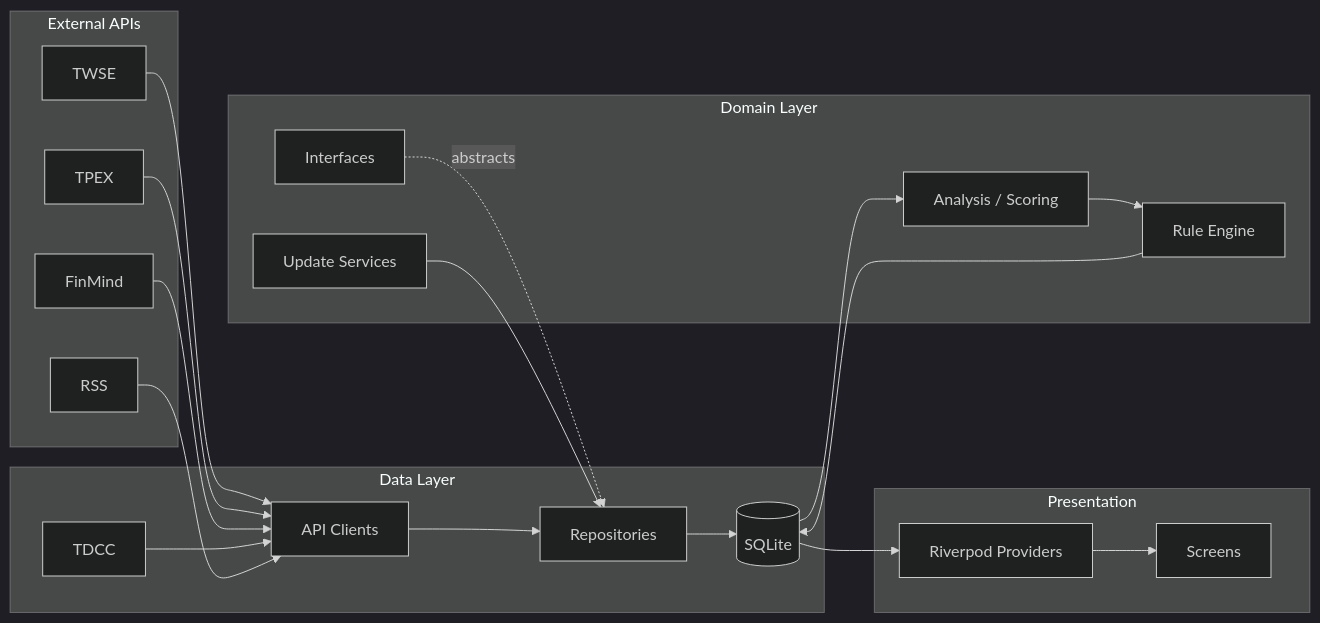
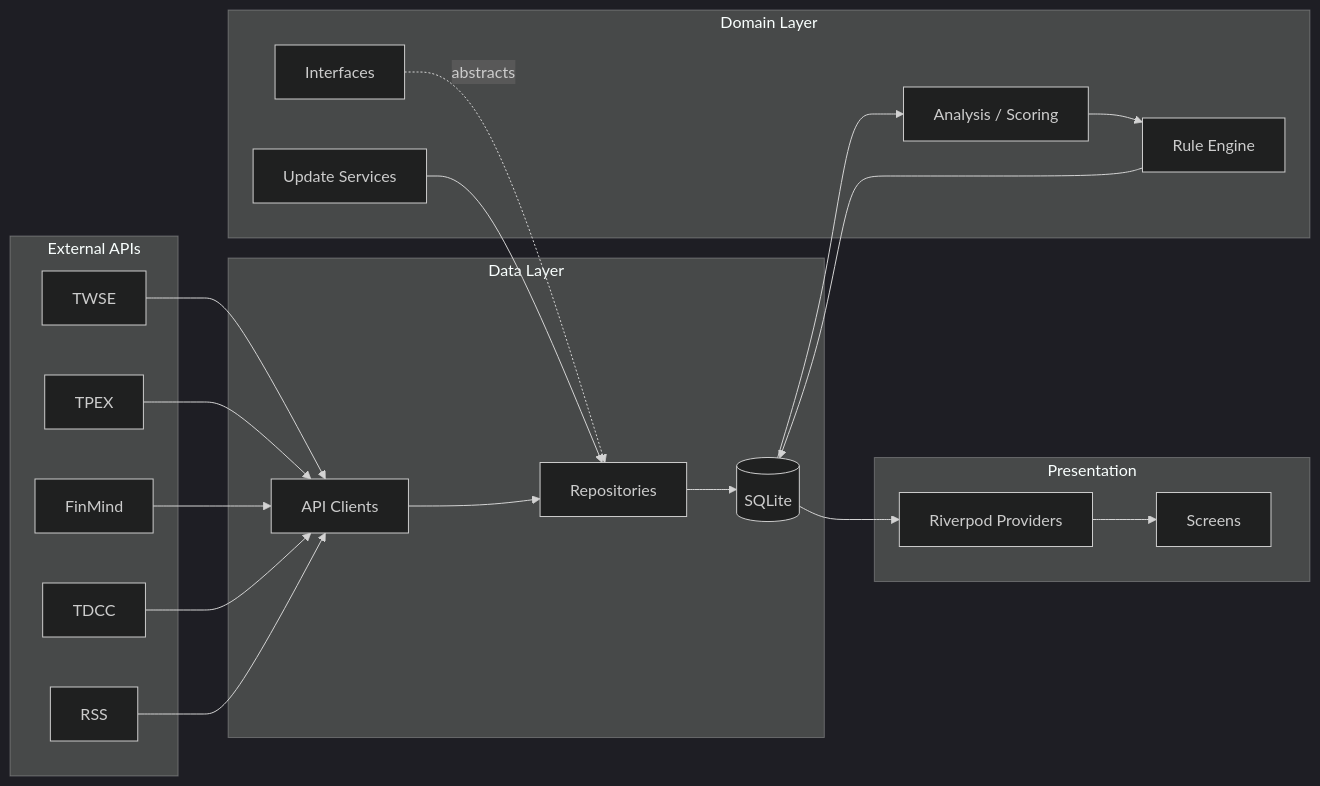
Before and after one commit to Neal75418/daredevil: the diagram in README.md, drawn with Mermaid. The commit also changed other lines of this file, not shown here.

First line of the commit message:
docs: README 架構圖修正資料層歸屬,移除過時的規則分類圓餅圖

````diff
--- a/README.md
+++ b/README.md
@@ -90,37 +90,37 @@
 ```mermaid
 %%{init: {'theme': 'dark'}}%%
 flowchart LR
     subgraph External["External APIs"]
         TWSE["TWSE"]
         TPEX["TPEX"]
         FM["FinMind"]
+        TDCC["TDCC"]
         RSS["RSS"]
     end
 
     subgraph Data["Data Layer"]
         Remote["API Clients"]
         Repo["Repositories"]
-        TDCC["TDCC"]
         DB[("SQLite")]
     end
 
     subgraph Domain["Domain Layer"]
         IF["Interfaces"]
         Services["Analysis / Scoring"]
         Rules["Rule Engine"]
         Update["Update Services"]
     end
 
     subgraph Presentation["Presentation"]
         Provider["Riverpod Providers"]
         UI["Screens"]
     end
 
     TWSE & TPEX & FM & TDCC & RSS --> Remote
     Remote --> Repo --> DB
     IF -.->|abstracts| Repo
     DB --> Services --> Rules
     Rules --> DB
     Update --> Repo
     DB --> Provider --> UI
 ```
````
